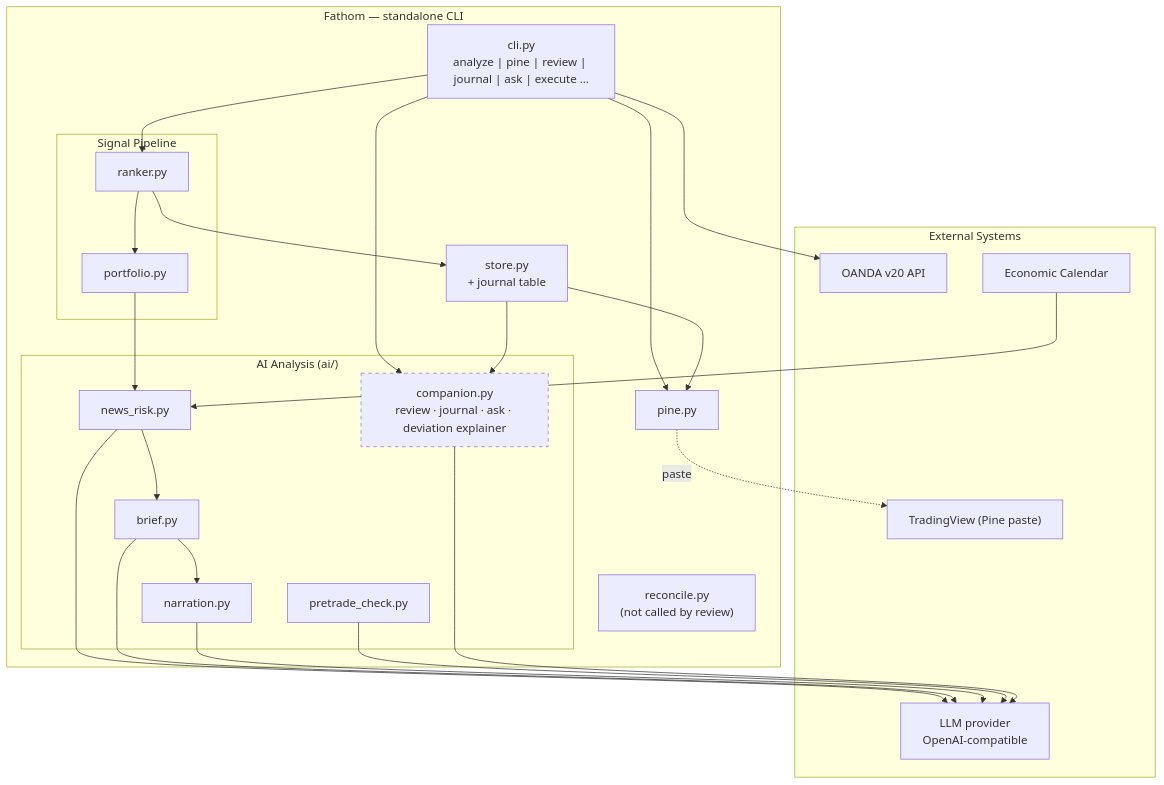
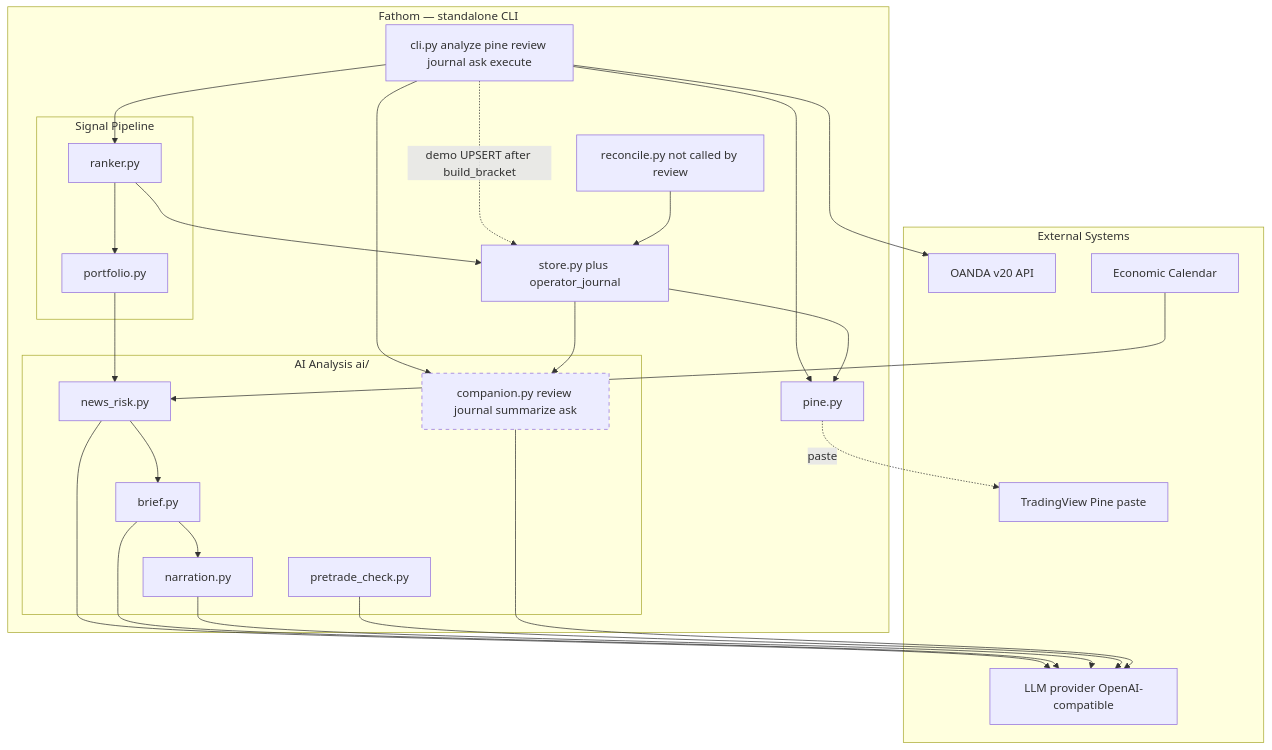
One commit to saambaby/fathom changed the diagram in docs/phases/phase-08/phase.md. Above: the diagram before and after it, drawn with Mermaid. The commit also changed other lines of this file, not shown here.

First line of the commit message:
docs(phase-08): re-scope companion commands against verified store/execute code

````diff
--- a/docs/phases/phase-08/phase.md
+++ b/docs/phases/phase-08/phase.md
@@ -78,42 +97,44 @@
 ```mermaid
 graph TD
     subgraph ext["External Systems"]
         OANDA["OANDA v20 API"]
-        LLM_API["LLM provider\nOpenAI-compatible"]
+        LLM_API["LLM provider OpenAI-compatible"]
         CALENDAR["Economic Calendar"]
-        TV["TradingView (Pine paste)"]
+        TV["TradingView Pine paste"]
     end
 
     subgraph fathom["Fathom — standalone CLI"]
-        CLI["cli.py\nanalyze | pine | review | journal | ask | execute …"]
+        CLI["cli.py analyze pine review journal ask execute"]
 
         subgraph signal_layer["Signal Pipeline"]
             RANKER["ranker.py"]
             PORTFOLIO["portfolio.py"]
         end
 
-        subgraph ai_layer["AI Analysis (ai/)"]
+        subgraph ai_layer["AI Analysis ai/"]
             NEWSRISK["news_risk.py"]
             BRIEF["brief.py"]
             NARRATE["narration.py"]
             PRETRADE["pretrade_check.py"]
-            COMPANION["companion.py\nreview · journal · ask · deviation explainer"]
+            COMPANION["companion.py review journal summarize ask"]
         end
 
         PINE["pine.py"]
-        STORE["store.py\n+ journal table"]
-        RECONCILE["reconcile.py\n(not called by review)"]
+        STORE["store.py plus operator_journal"]
+        RECONCILE["reconcile.py not called by review"]
     end
 
     CLI --> RANKER --> PORTFOLIO --> NEWSRISK --> BRIEF --> NARRATE
     CLI --> PINE
     STORE --> PINE
     PINE -. paste .-> TV
     CLI --> COMPANION
     STORE --> COMPANION
+    CLI -. demo UPSERT after build_bracket .-> STORE
     NEWSRISK & BRIEF & NARRATE & PRETRADE & COMPANION --> LLM_API
     CLI --> OANDA
     CALENDAR --> NEWSRISK
     RANKER --> STORE
+    RECONCILE --> STORE
     style COMPANION stroke-dasharray: 5 5
 ```
````
